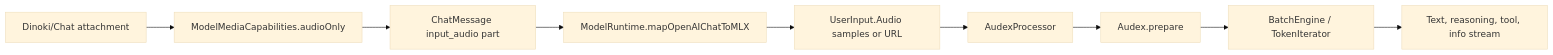
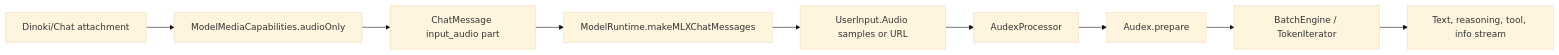
One commit to osaurus-ai/vmlx-swift changed the second of 2 diagrams in docs/AUDEX-2B-OSAURUS-INTEGRATION-SPEC-2026-07-20.md. Above: the diagram before and after it, drawn with Mermaid (base theme). The commit also changed other lines of this file and 20 other files, not shown here.

````diff
--- a/docs/AUDEX-2B-OSAURUS-INTEGRATION-SPEC-2026-07-20.md
+++ b/docs/AUDEX-2B-OSAURUS-INTEGRATION-SPEC-2026-07-20.md
@@ -558,11 +558,11 @@
 ```mermaid
 flowchart LR
     A[Dinoki/Chat attachment] --> B[ModelMediaCapabilities.audioOnly]
     B --> C[ChatMessage input_audio part]
-    C --> D[ModelRuntime.mapOpenAIChatToMLX]
+    C --> D[ModelRuntime.makeMLXChatMessages]
     D --> E[UserInput.Audio samples or URL]
     E --> F[AudexProcessor]
     F --> G[Audex.prepare]
     G --> H[BatchEngine / TokenIterator]
     H --> I[Text, reasoning, tool, info stream]
 ```
````
